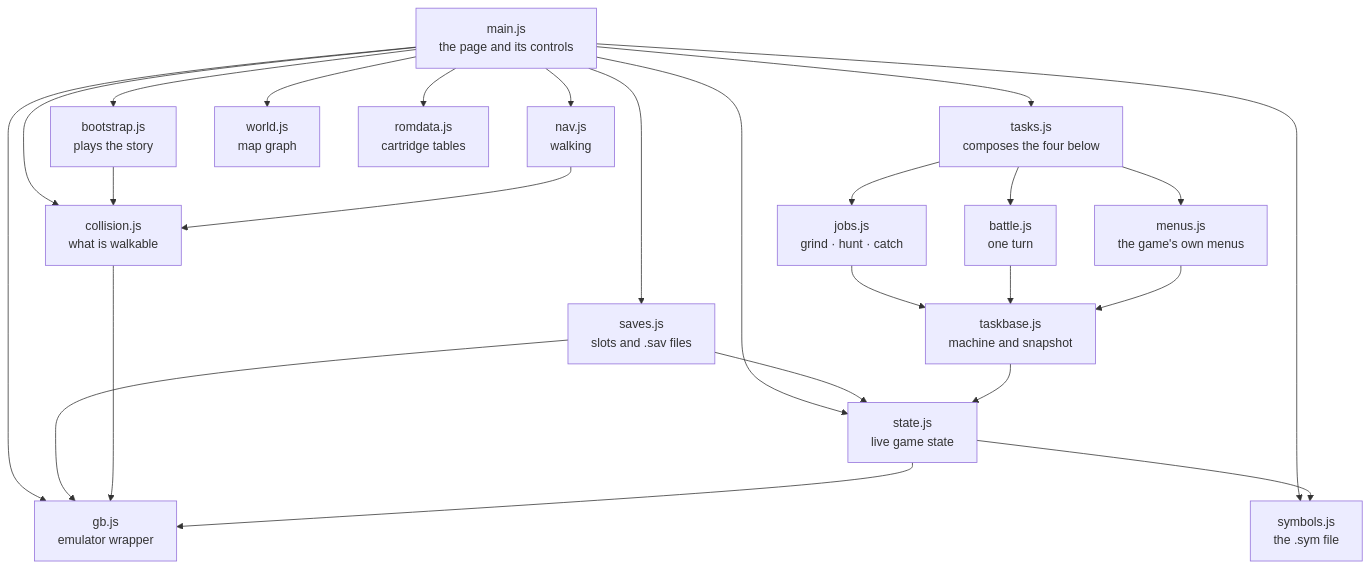
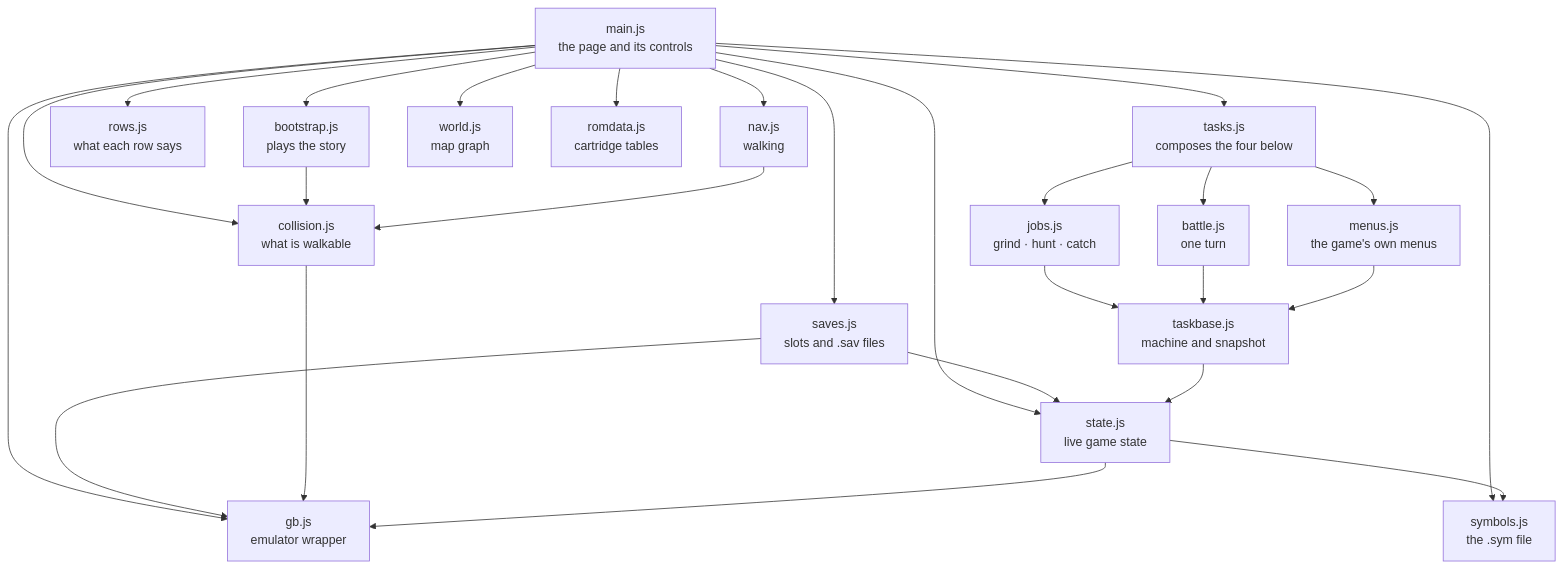
Before and after one commit to minormending/crystal-pilot-mobile: the second of 16 diagrams in docs/CODE.md, drawn with Mermaid. The commit also changed other lines of this file and 4 other files, not shown here.

````diff
--- a/docs/CODE.md
+++ b/docs/CODE.md
@@ -99,43 +99,45 @@
 ```mermaid
 flowchart TD
     main["main.js<br/>the page and its controls"]
     boot["bootstrap.js<br/>plays the story"]
     tasks["tasks.js<br/>composes the four below"]
     jobs["jobs.js<br/>grind · hunt · catch"]
     btl["battle.js<br/>one turn"]
     menus["menus.js<br/>the game's own menus"]
     tbase["taskbase.js<br/>machine and snapshot"]
+    rows["rows.js<br/>what each row says"]
     nav["nav.js<br/>walking"]
     world["world.js<br/>map graph"]
     coll["collision.js<br/>what is walkable"]
     state["state.js<br/>live game state"]
     rom["romdata.js<br/>cartridge tables"]
     sym["symbols.js<br/>the .sym file"]
     saves["saves.js<br/>slots and .sav files"]
     gb["gb.js<br/>emulator wrapper"]
 
     main --> boot
     main --> tasks
+    main --> rows
     main --> nav
     main --> world
     main --> coll
     main --> state
     main --> rom
     main --> sym
     main --> gb
     main --> saves
     saves --> gb
     saves --> state
     boot --> coll
     tasks --> jobs
     tasks --> btl
     tasks --> menus
     jobs --> tbase
     btl --> tbase
     menus --> tbase
     tbase --> state
     nav --> coll
     coll --> gb
     state --> gb
     state --> sym
 ```
````
